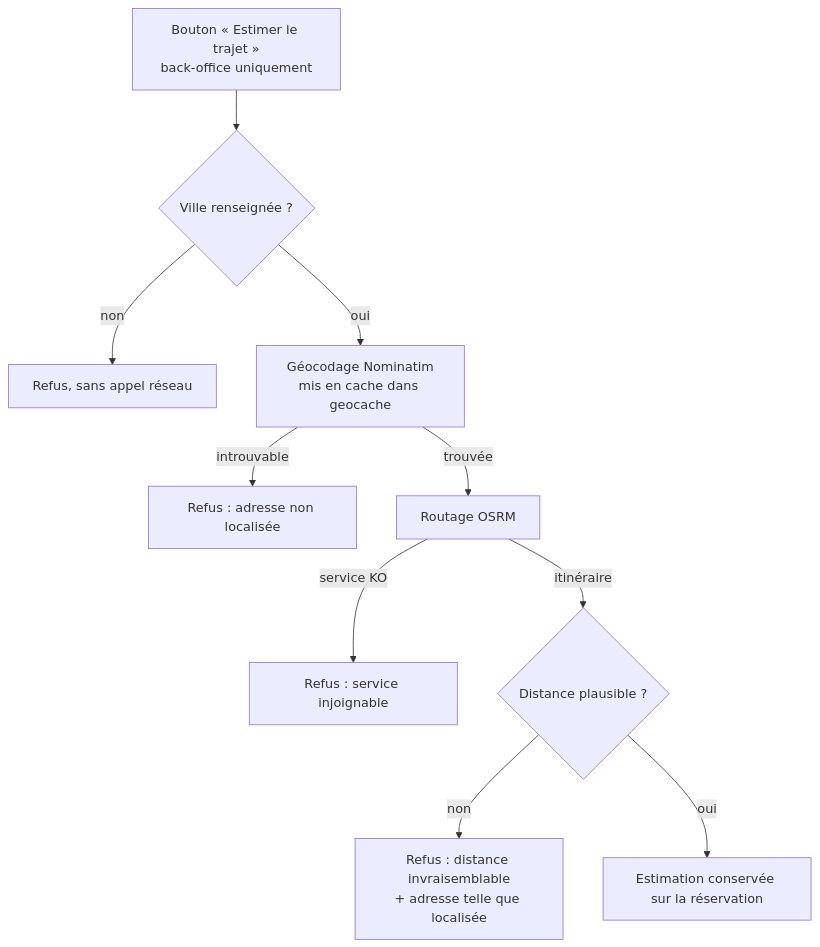
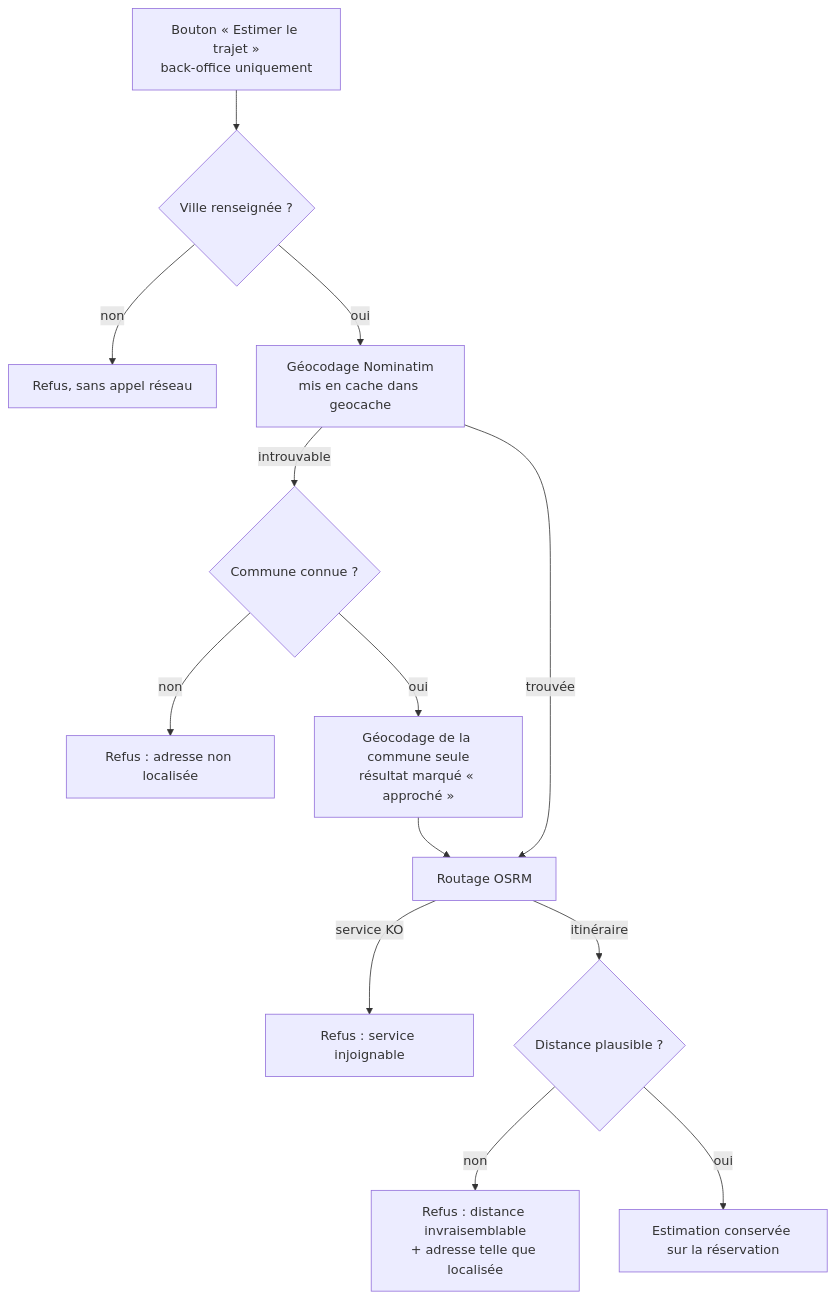
The fifth of 5 diagrams in docs/architecture.md (AlbanMontaigu/chef), drawn with Mermaid before and after one commit. The commit also changed other lines of this file and 11 other files, not shown here.

````diff
--- a/docs/architecture.md
+++ b/docs/architecture.md
@@ -158,12 +158,15 @@
 ```mermaid
 flowchart TD
     B[Bouton « Estimer le trajet »<br/>back-office uniquement] --> V{Ville renseignée ?}
     V -- non --> R1[Refus, sans appel réseau]
     V -- oui --> G[Géocodage Nominatim<br/>mis en cache dans geocache]
-    G -- introuvable --> R2[Refus : adresse non localisée]
+    G -- introuvable --> F{Commune connue ?}
+    F -- non --> R2[Refus : adresse non localisée]
+    F -- oui --> GC[Géocodage de la commune seule<br/>résultat marqué « approché »]
+    GC --> O
     G -- trouvée --> O[Routage OSRM]
     O -- service KO --> R3[Refus : service injoignable]
     O -- itinéraire --> D{Distance plausible ?}
     D -- non --> R4[Refus : distance invraisemblable<br/>+ adresse telle que localisée]
     D -- oui --> S[Estimation conservée sur la réservation]
 ```
````
